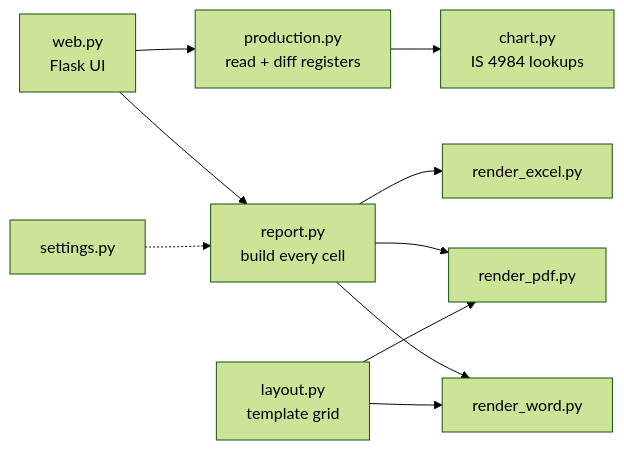
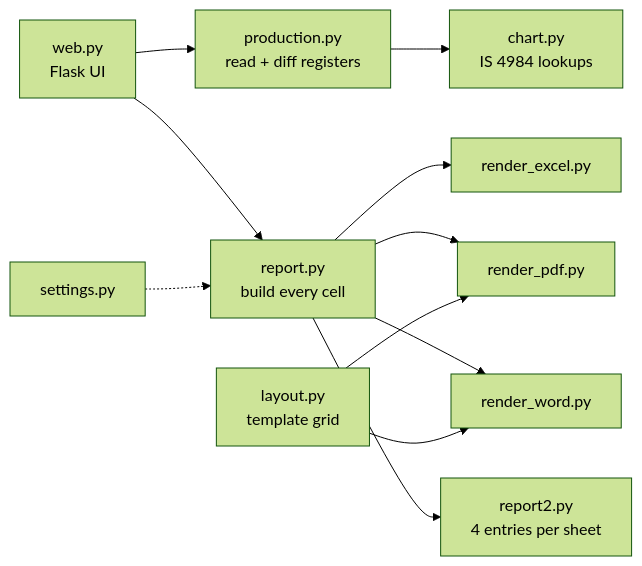
One commit to anant-jp2007/reportGenerator changed the fourth of 4 diagrams in README.md. Above: the diagram before and after it, drawn with Mermaid (forest theme). The commit also changed other lines of this file and 14 other files, not shown here.

Commit message:
UI redesign: light Furrow look, job sheet beside the entries, bundled fonts; README updated

````diff
--- a/README.md
+++ b/README.md
@@ -114,12 +125,13 @@
 ```mermaid
 flowchart LR
     W["web.py<br/>Flask UI"] --> P["production.py<br/>read + diff registers"]
     P --> CH["chart.py<br/>IS 4984 lookups"]
     W --> R["report.py<br/>build every cell"]
     R --> X["render_excel.py"]
     R --> PDF["render_pdf.py"]
     R --> WD["render_word.py"]
+    R --> R2["report2.py<br/>4 entries per sheet"]
     L["layout.py<br/>template grid"] --> PDF
     L --> WD
     ST["settings.py"] -.-> R
 ```
````
